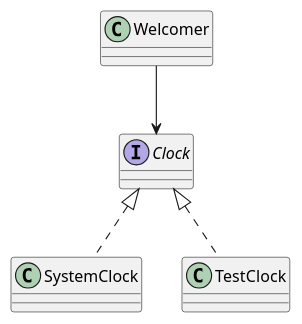
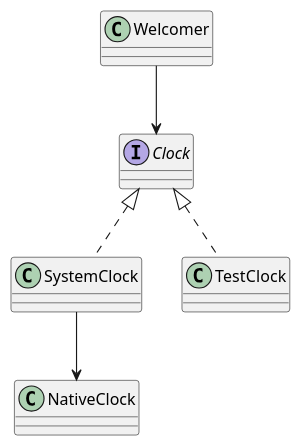
Before and after one commit to fraylopez/elixir-kickoff: the second of 2 diagrams in welcome/docs/diagrams/src/stage2.puml, drawn with PlantUML. The commit also changed 5 other files, not shown here.

```diff
--- a/welcome/docs/diagrams/src/stage2.puml
+++ b/welcome/docs/diagrams/src/stage2.puml
@@ -8,12 +8,13 @@
 @startuml stage2_after
 
   class Welcomer
   interface Clock
 
   class SystemClock implements Clock
   class TestClock implements Clock
 
 
   Welcomer -down-> Clock
+  SystemClock --> NativeClock
 
 @enduml
```
